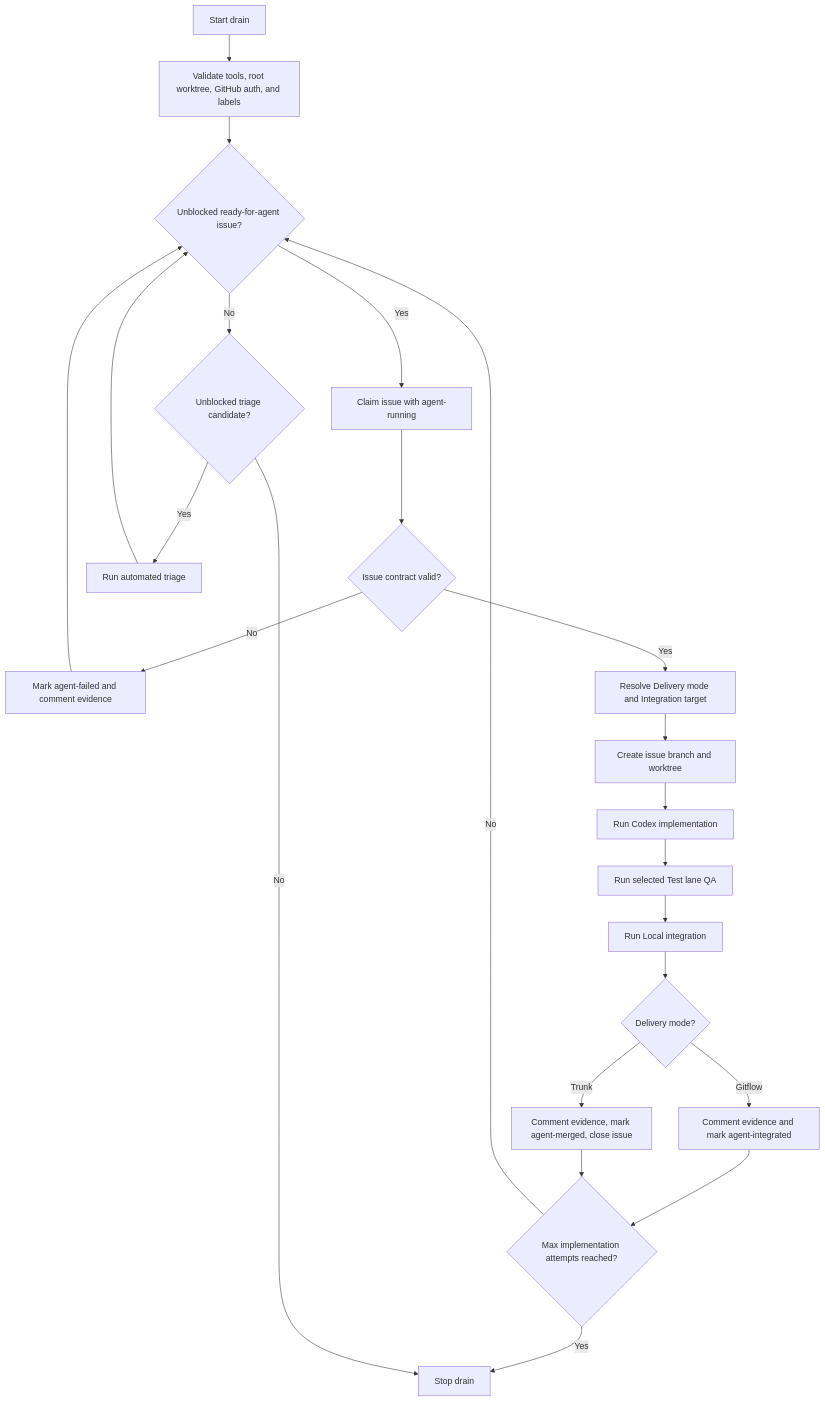
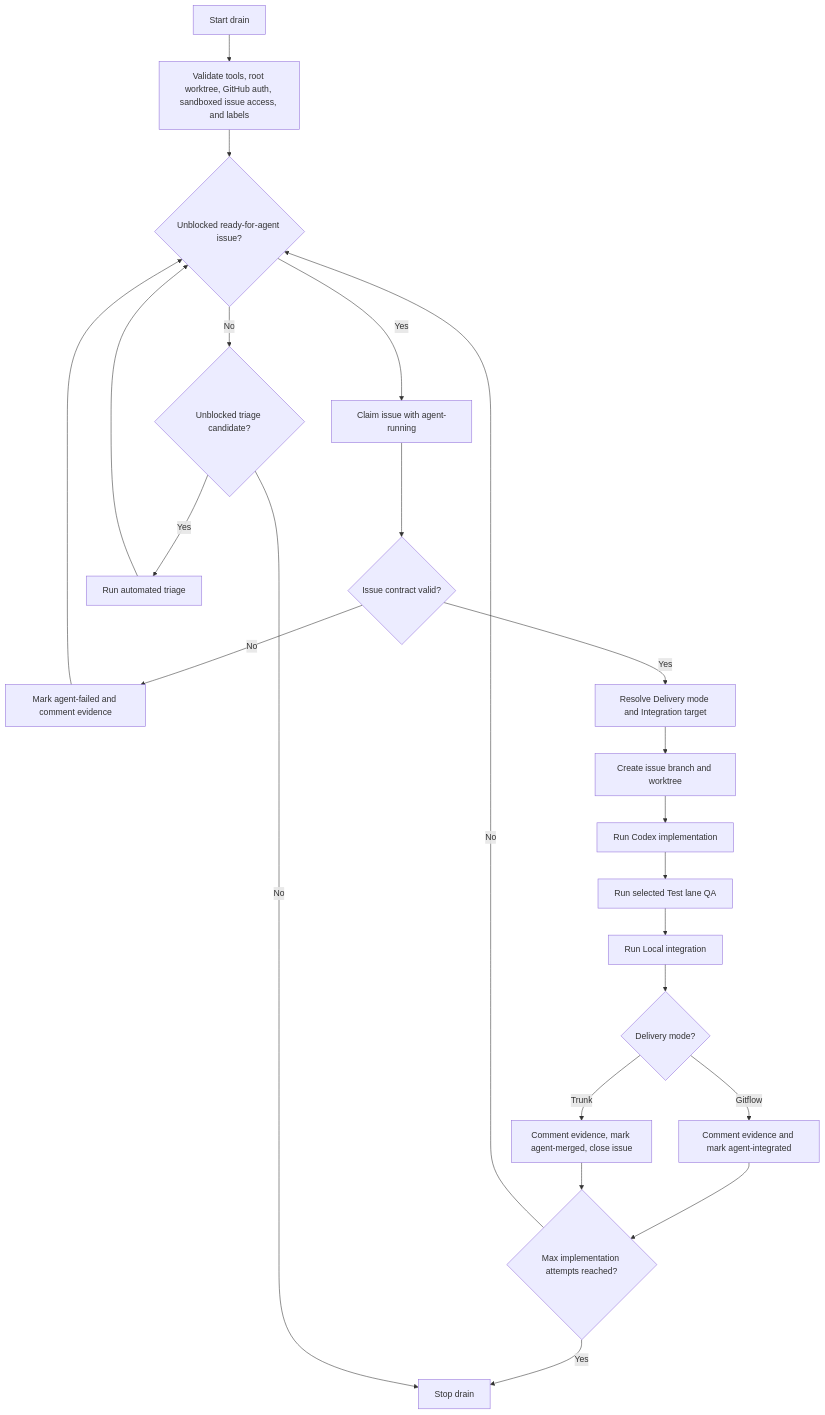
The first of 2 diagrams in docs/agent-issue-loop.md (Chr1sC0de/energy-market-delta-lake), drawn with Mermaid before and after one commit. The commit also changed other lines of this file and 9 other files, not shown here.

Commit message:
feat(ralph): add sandboxed issue access

````diff
--- a/docs/agent-issue-loop.md
+++ b/docs/agent-issue-loop.md
@@ -55,25 +55,25 @@
 ```mermaid
 flowchart TD
-  START[Start drain] --> PREFLIGHT[Validate tools, root worktree, GitHub auth, and labels]
+  START[Start drain] --> PREFLIGHT[Validate tools, root worktree, GitHub auth, sandboxed issue access, and labels]
   PREFLIGHT --> READY{Unblocked ready-for-agent issue?}
   READY -->|Yes| CLAIM[Claim issue with agent-running]
   CLAIM --> CONTRACT{Issue contract valid?}
   CONTRACT -->|No| FAIL[Mark agent-failed and comment evidence]
   CONTRACT -->|Yes| MODE[Resolve Delivery mode and Integration target]
   MODE --> WORKTREE[Create issue branch and worktree]
   WORKTREE --> CODEX[Run Codex implementation]
   CODEX --> QA[Run selected Test lane QA]
   QA --> INTEGRATE[Run Local integration]
   INTEGRATE --> DONE{Delivery mode?}
   DONE -->|Gitflow| STAGE[Comment evidence and mark agent-integrated]
   DONE -->|Trunk| CLOSE[Comment evidence, mark agent-merged, close issue]
   STAGE --> LIMIT{Max implementation attempts reached?}
   CLOSE --> LIMIT
   LIMIT -->|No| READY
   LIMIT -->|Yes| STOP[Stop drain]
   READY -->|No| TRIAGE{Unblocked triage candidate?}
   TRIAGE -->|Yes| TRIAGEPASS[Run automated triage]
   TRIAGEPASS --> READY
   TRIAGE -->|No| STOP
   FAIL --> READY
 ```
````
